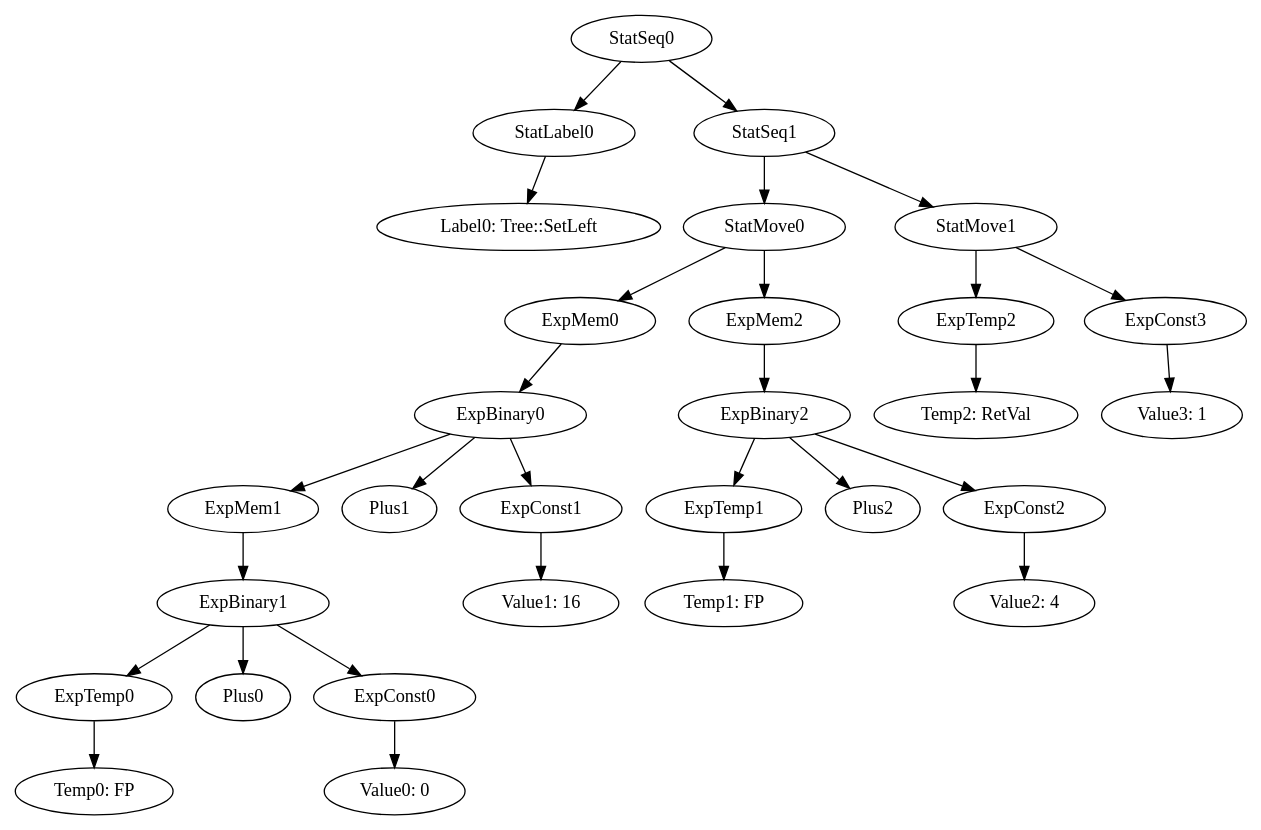
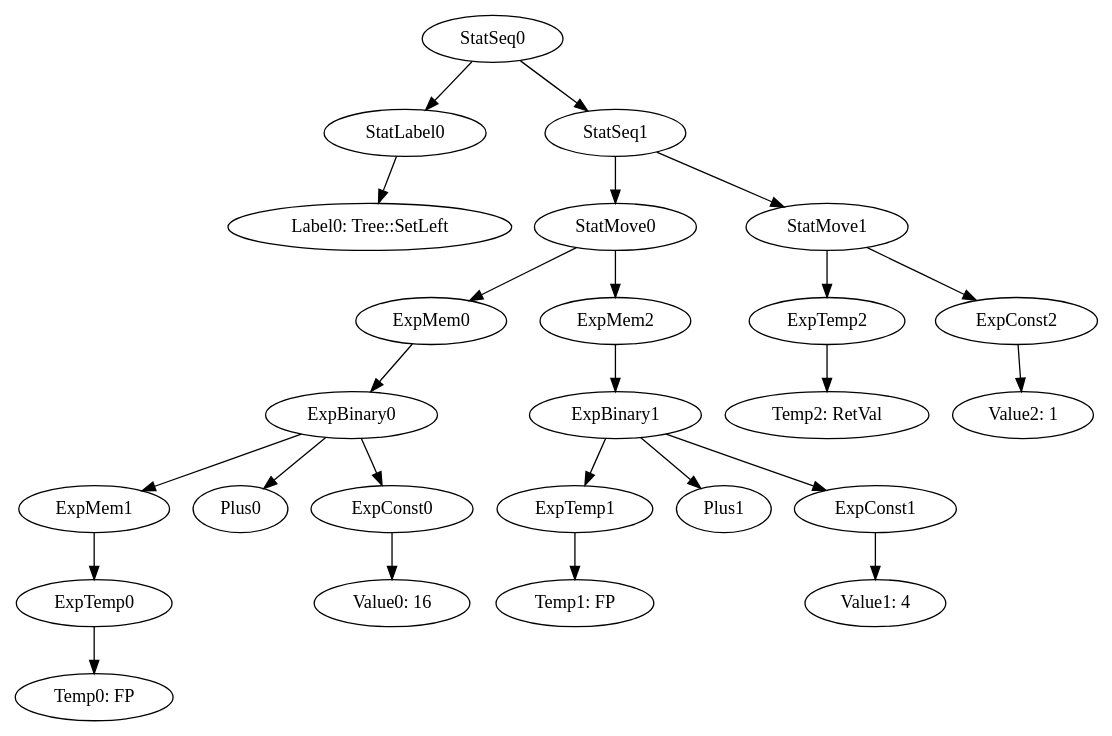
One commit to team-compilers/compilers changed the diagram in MiniJava/results/SamplesCorrect/BinaryTree/irt_Tree::SetLeft.gv. Above: the diagram before and after it, drawn with Graphviz. The commit also changed 138 other files, not shown here.

```diff
--- a/MiniJava/results/SamplesCorrect/BinaryTree/irt_Tree::SetLeft.gv
+++ b/MiniJava/results/SamplesCorrect/BinaryTree/irt_Tree::SetLeft.gv
@@ -1,31 +1,27 @@
 digraph {
 	ordering = out;
+	ExpConst2 -> "Value2: 1";
 	ExpTemp2 -> "Temp2: RetVal";
-	ExpConst3 -> "Value3: 1";
-	ExpConst2 -> "Value2: 4";
 	StatSeq1 -> StatMove0;
 	StatSeq1 -> StatMove1;
-	ExpBinary2 -> ExpTemp1;
-	ExpBinary2 -> Plus2;
-	ExpBinary2 -> ExpConst2;
-	ExpTemp1 -> "Temp1: FP";
 	StatMove1 -> ExpTemp2;
-	StatMove1 -> ExpConst3;
-	ExpConst1 -> "Value1: 16";
-	ExpMem2 -> ExpBinary2;
+	StatMove1 -> ExpConst2;
+	ExpConst1 -> "Value1: 4";
+	ExpMem2 -> ExpBinary1;
 	ExpTemp0 -> "Temp0: FP";
 	StatSeq0 -> StatLabel0;
 	StatSeq0 -> StatSeq1;
 	StatLabel0 -> "Label0: Tree::SetLeft";
-	ExpConst0 -> "Value0: 0";
-	ExpMem1 -> ExpBinary1;
-	ExpBinary1 -> ExpTemp0;
-	ExpBinary1 -> Plus0;
-	ExpBinary1 -> ExpConst0;
-	ExpMem0 -> ExpBinary0;
+	ExpMem1 -> ExpTemp0;
+	ExpConst0 -> "Value0: 16";
 	ExpBinary0 -> ExpMem1;
-	ExpBinary0 -> Plus1;
-	ExpBinary0 -> ExpConst1;
+	ExpBinary0 -> Plus0;
+	ExpBinary0 -> ExpConst0;
 	StatMove0 -> ExpMem0;
 	StatMove0 -> ExpMem2;
+	ExpTemp1 -> "Temp1: FP";
+	ExpMem0 -> ExpBinary0;
+	ExpBinary1 -> ExpTemp1;
+	ExpBinary1 -> Plus1;
+	ExpBinary1 -> ExpConst1;
 }
```
